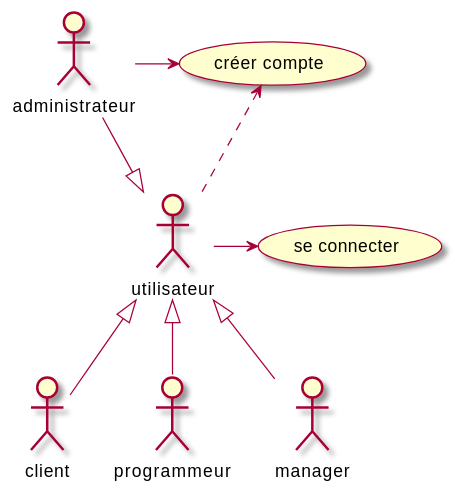
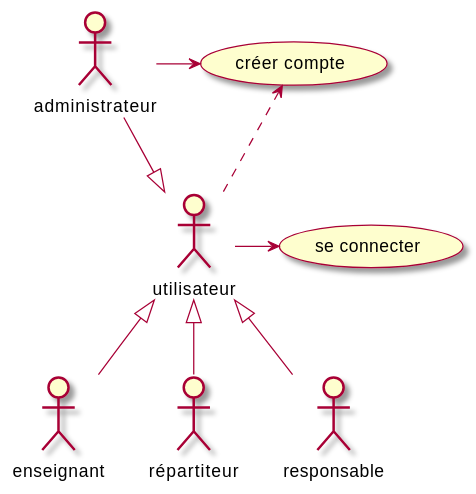
Before and after one commit to mrajaonson/glg204-room-management-system: the second of 6 diagrams in docs/01 Besoins.md, drawn with PlantUML. The commit also changed other lines of this file, not shown here.

```diff
--- a/docs/01 Besoins.md
+++ b/docs/01 Besoins.md
@@ -111,18 +100,18 @@
 ~~~plantuml
 @startuml
 skin rose
 :administrateur: -> (créer compte)
 
-:utilisateur: <|-- :client:
+:utilisateur: <|-- :enseignant:
 
-:utilisateur: <|-- :programmeur: 
+:utilisateur: <|-- :répartiteur: 
 
-:utilisateur: <|-- :manager: 
+:utilisateur: <|-- :responsable: 
 
 :utilisateur: <|-- :administrateur:
 
 :utilisateur: -> (se connecter)
 
 (créer compte) <.. :utilisateur:
 @enduml
 ~~~
```
